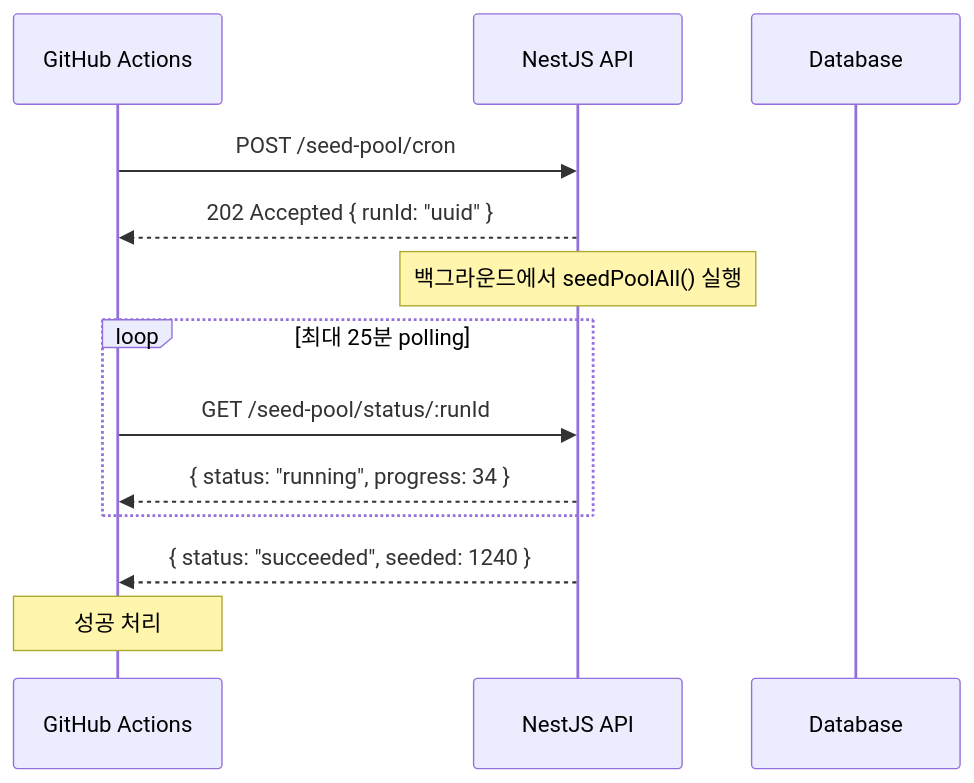
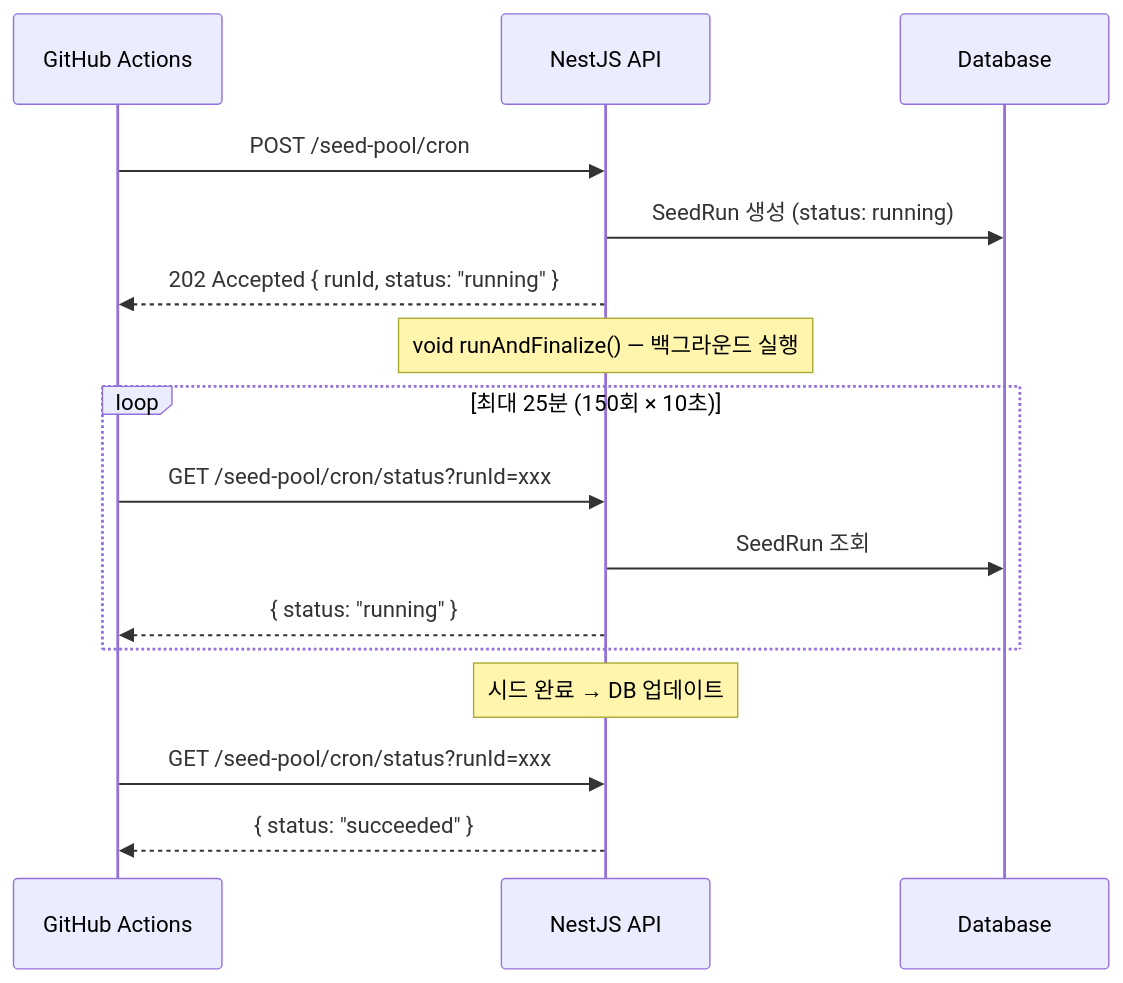
One commit to hgim96715-lgtm/Obsidian_study changed the diagram in 20_Wiki/23_Backend/NestJS_Ecosystem/NestJS_AsyncJob.md. Above: the diagram before and after it, drawn with Mermaid. The commit also changed other lines of this file and 3 other files, not shown here.

````diff
--- a/20_Wiki/23_Backend/NestJS_Ecosystem/NestJS_AsyncJob.md
+++ b/20_Wiki/23_Backend/NestJS_Ecosystem/NestJS_AsyncJob.md
@@ -62,18 +58,21 @@
 ```mermaid
 sequenceDiagram
     participant GA as GitHub Actions
     participant API as NestJS API
     participant DB as Database
 
     GA->>API: POST /seed-pool/cron
-    API-->>GA: 202 Accepted { runId: "uuid" }
-    Note over API: 백그라운드에서 seedPoolAll() 실행
+    API->>DB: SeedRun 생성 (status: running)
+    API-->>GA: 202 Accepted { runId, status: "running" }
+    Note over API: void runAndFinalize() — 백그라운드 실행
 
-    loop 최대 25분 polling
-        GA->>API: GET /seed-pool/status/:runId
-        API-->>GA: { status: "running", progress: 34 }
+    loop 최대 25분 (150회 × 10초)
+        GA->>API: GET /seed-pool/cron/status?runId=xxx
+        API->>DB: SeedRun 조회
+        API-->>GA: { status: "running" }
     end
 
-    API-->>GA: { status: "succeeded", seeded: 1240 }
-    Note over GA: 성공 처리
+    Note over API: 시드 완료 → DB 업데이트
+    GA->>API: GET /seed-pool/cron/status?runId=xxx
+    API-->>GA: { status: "succeeded" }
 ```
````
